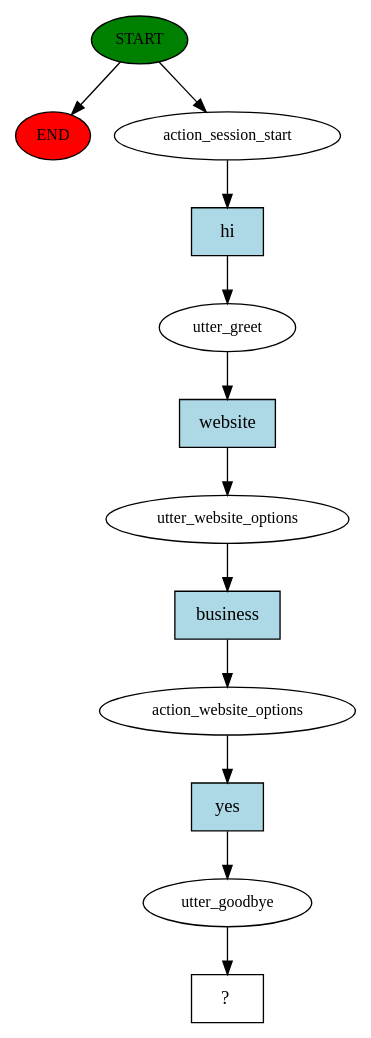
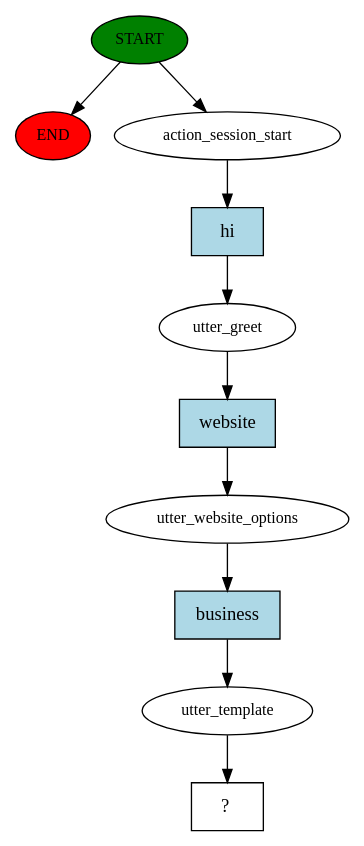
One commit to swetabhmukherjee/gideon-rasa-bot changed the diagram in story_graph.dot. Above: the diagram before and after it, drawn with Graphviz. The commit also changed 27 other files, not shown here.

```diff
--- a/story_graph.dot
+++ b/story_graph.dot
@@ -1,25 +1,21 @@
 digraph  {
 0 [class="start active", fillcolor=green, fontsize=12, label=START, style=filled];
 "-1" [class=end, fillcolor=red, fontsize=12, label=END, style=filled];
 1 [class=active, fontsize=12, label=action_session_start];
 2 [class=active, fontsize=12, label=utter_greet];
 3 [class=active, fontsize=12, label=utter_website_options];
-4 [class=active, fontsize=12, label=action_website_options];
-5 [class=active, fontsize=12, label=utter_goodbye];
-6 [class="intent dashed active", label="  ?  ", shape=rect];
-7 [class="intent active", fillcolor=lightblue, label=hi, shape=rect, style=filled];
-8 [class="intent active", fillcolor=lightblue, label=website, shape=rect, style=filled];
-9 [class="intent active", fillcolor=lightblue, label=business, shape=rect, style=filled];
-10 [class="intent active", fillcolor=lightblue, label=yes, shape=rect, style=filled];
+4 [class=active, fontsize=12, label=utter_template];
+5 [class="intent dashed active", label="  ?  ", shape=rect];
+6 [class="intent active", fillcolor=lightblue, label=hi, shape=rect, style=filled];
+7 [class="intent active", fillcolor=lightblue, label=website, shape=rect, style=filled];
+8 [class="intent active", fillcolor=lightblue, label=business, shape=rect, style=filled];
 0 -> "-1"  [class="", key=NONE, label=""];
 0 -> 1  [class=active, key=NONE, label=""];
-1 -> 7  [class=active, key=0];
-2 -> 8  [class=active, key=0];
-3 -> 9  [class=active, key=0];
-4 -> 10  [class=active, key=0];
-5 -> 6  [class=active, key=NONE, label=""];
-7 -> 2  [class=active, key=0];
-8 -> 3  [class=active, key=0];
-9 -> 4  [class=active, key=0];
-10 -> 5  [class=active, key=0];
+1 -> 6  [class=active, key=0];
+2 -> 7  [class=active, key=0];
+3 -> 8  [class=active, key=0];
+4 -> 5  [class=active, key=NONE, label=""];
+6 -> 2  [class=active, key=0];
+7 -> 3  [class=active, key=0];
+8 -> 4  [class=active, key=0];
 }
```
